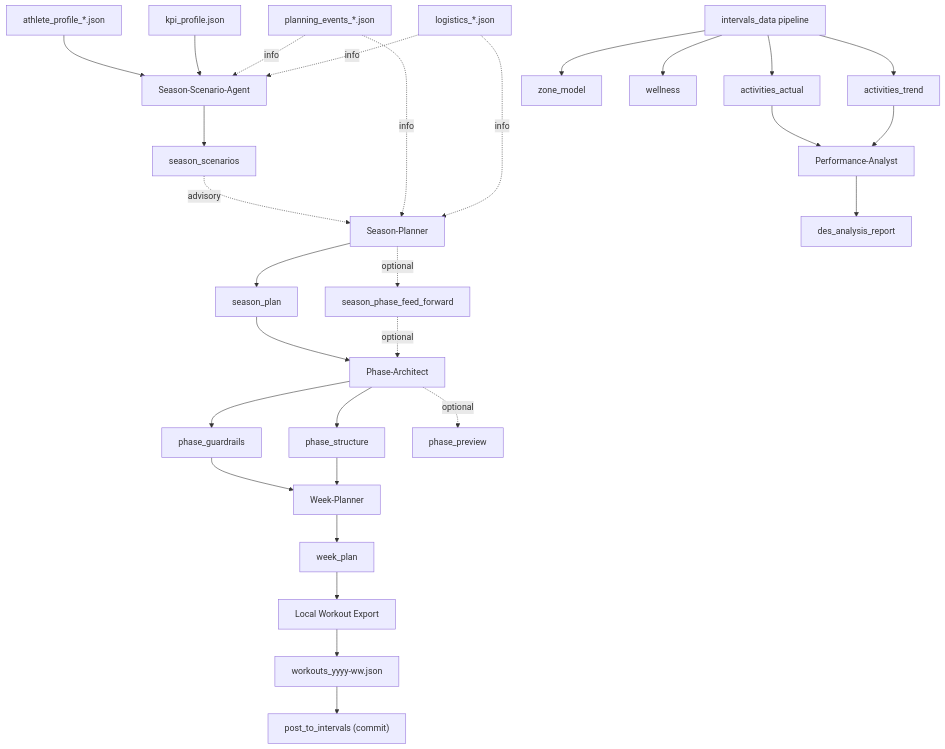
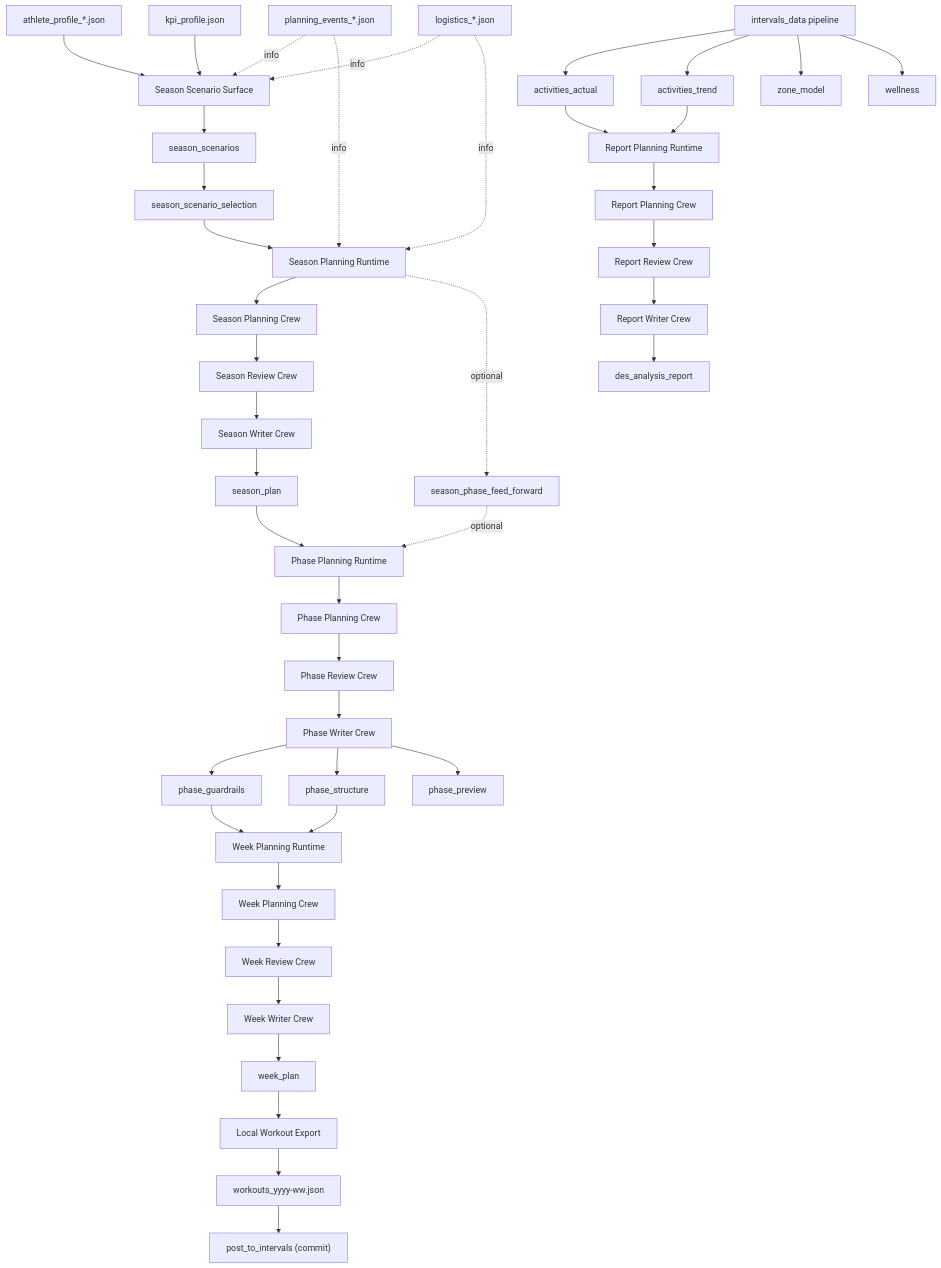
Before and after one commit to albauer-priv/RPS: the diagram in doc/overview/how_to_plan.md, drawn with Mermaid. The commit also changed other lines of this file and 5 other files, not shown here.

Commit message:
docs: update crewai skills and planning architecture

````diff
--- a/doc/overview/how_to_plan.md
+++ b/doc/overview/how_to_plan.md
@@ -83,35 +78,48 @@
 ```mermaid
 flowchart TD
-  AP["athlete_profile_*.json"] --> SS["Season-Scenario-Agent"]
+  AP["athlete_profile_*.json"] --> SS["Season Scenario Surface"]
   KP["kpi_profile.json"] --> SS
-  SS --> SC[season_scenarios]
-  SC -. advisory .-> SEASON["Season-Planner"]
+  SS --> SC["season_scenarios"]
+  SC --> SEL["season_scenario_selection"]
+  SEL --> SEASON["Season Planning Runtime"]
   PE["planning_events_*.json"] -. info .-> SS
   PE -. info .-> SEASON
   LG["logistics_*.json"] -. info .-> SS
   LG -. info .-> SEASON
 
-  SEASON --> SP[season_plan]
-  SEASON -. optional .-> SPFF[season_phase_feed_forward]
+  SEASON --> SPC["Season Planning Crew"]
+  SPC --> SRC["Season Review Crew"]
+  SRC --> SWC["Season Writer Crew"]
+  SWC --> SP["season_plan"]
+  SEASON -. optional .-> SPFF["season_phase_feed_forward"]
 
-  SP --> PHASE["Phase-Architect"]
+  SP --> PHASE["Phase Planning Runtime"]
   SPFF -. optional .-> PHASE
-  PHASE --> PG[phase_guardrails]
-  PHASE --> PS[phase_structure]
-  PHASE -. optional .-> PP[phase_preview]
+  PHASE --> PPC["Phase Planning Crew"]
+  PPC --> PRC["Phase Review Crew"]
+  PRC --> PWC["Phase Writer Crew"]
+  PWC --> PG["phase_guardrails"]
+  PWC --> PS["phase_structure"]
+  PWC --> PP["phase_preview"]
 
-  PG --> WEEK["Week-Planner"]
+  PG --> WEEK["Week Planning Runtime"]
   PS --> WEEK
-  WEEK --> WP[week_plan]
+  WEEK --> WPC["Week Planning Crew"]
+  WPC --> WRC["Week Review Crew"]
+  WRC --> WWC["Week Writer Crew"]
+  WWC --> WP["week_plan"]
   WP --> WB["Local Workout Export"]
   WB --> WJ["workouts_yyyy-ww.json"]
   WJ --> POST["post_to_intervals (commit)"]
 
-  DP["intervals_data pipeline"] --> AA[activities_actual]
-  DP --> AT[activities_trend]
-  DP --> ZM[zone_model]
-  DP --> WL[wellness]
-  AA --> PA["Performance-Analyst"]
-  AT --> PA
-  PA --> DR[des_analysis_report]
+  DP["intervals_data pipeline"] --> AA["activities_actual"]
+  DP --> AT["activities_trend"]
+  DP --> ZM["zone_model"]
+  DP --> WL["wellness"]
+  AA --> REPORT["Report Planning Runtime"]
+  AT --> REPORT
+  REPORT --> RPC["Report Planning Crew"]
+  RPC --> RRC["Report Review Crew"]
+  RRC --> RWC["Report Writer Crew"]
+  RWC --> DR["des_analysis_report"]
 ```
````
